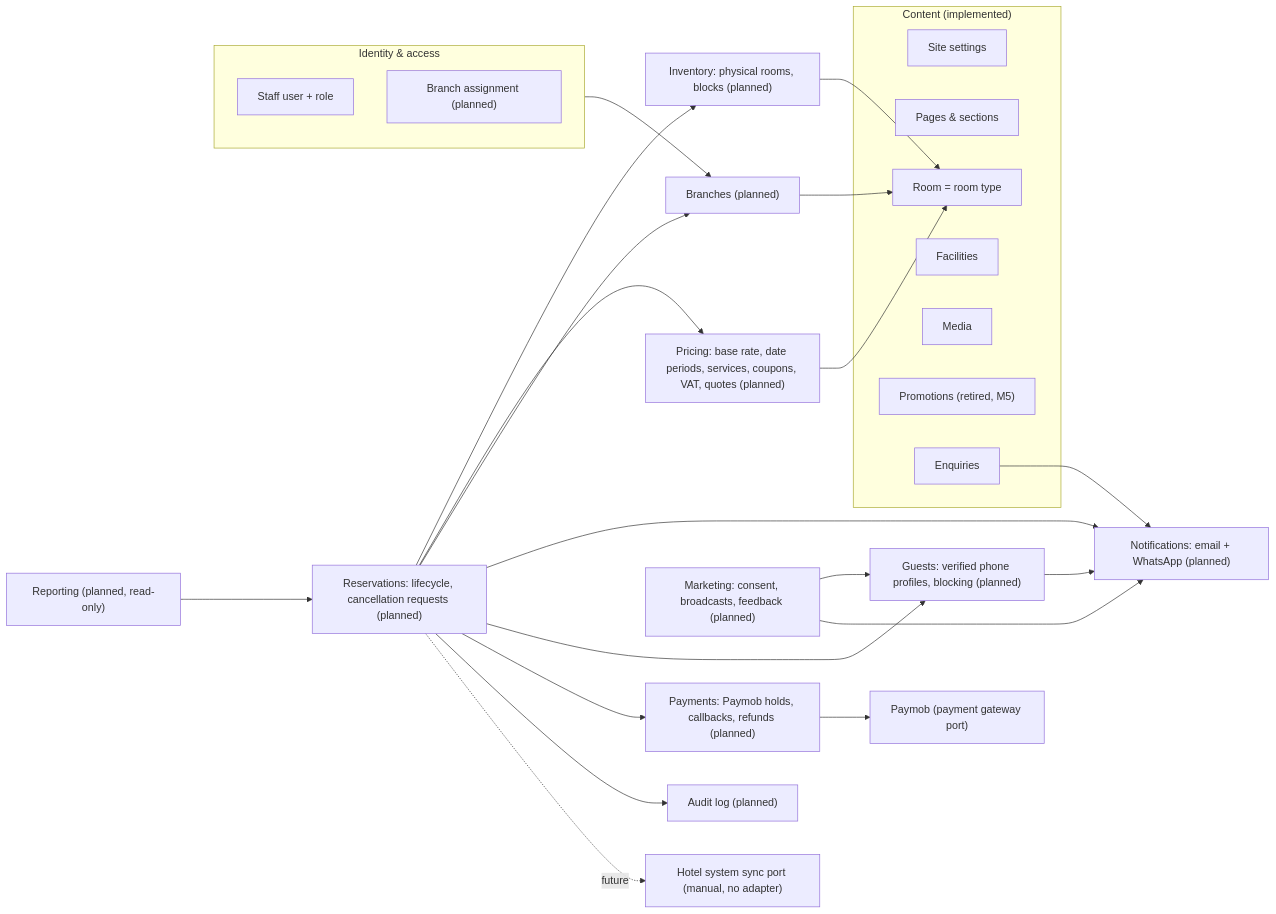
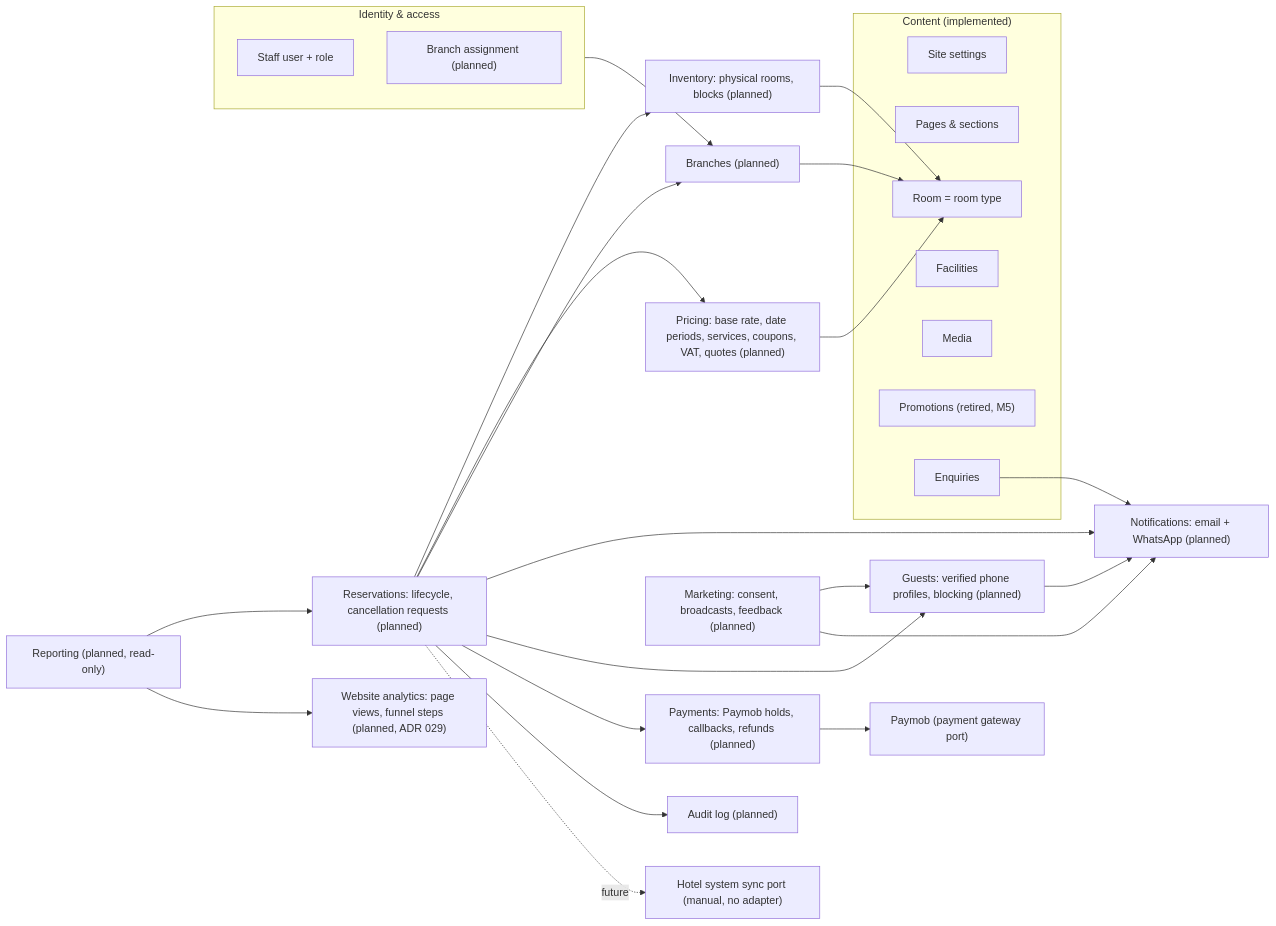
The first of 2 diagrams in docs/domain/domain-model.md (mohamedmosilhy/Rivana-Residence), drawn with Mermaid before and after one commit. The commit also changed other lines of this file and 28 other files, not shown here.

First line of the commit message:
docs(planning): add transfer cars, guest booking changes, and website analytics

````diff
--- a/docs/domain/domain-model.md
+++ b/docs/domain/domain-model.md
@@ -9,47 +9,49 @@
 ```mermaid
 flowchart LR
   subgraph Content["Content (implemented)"]
     Settings["Site settings"]
     Pages["Pages & sections"]
     Room["Room = room type"]
     Facilities
     Media
     Promotions["Promotions (retired, M5)"]
     Enquiries
   end
   subgraph IAM["Identity & access"]
     Staff["Staff user + role"]
     Assign["Branch assignment (planned)"]
   end
   Branches["Branches (planned)"]
   Inventory["Inventory: physical rooms, blocks (planned)"]
   Pricing["Pricing: base rate, date periods, services, coupons, VAT, quotes (planned)"]
   Reservations["Reservations: lifecycle, cancellation requests (planned)"]
   Payments["Payments: Paymob holds, callbacks, refunds (planned)"]
   Marketing["Marketing: consent, broadcasts, feedback (planned)"]
   Reporting["Reporting (planned, read-only)"]
+  Analytics["Website analytics: page views, funnel steps (planned, ADR 029)"]
   Audit["Audit log (planned)"]
   Guests["Guests: verified phone profiles, blocking (planned)"]
   Notify["Notifications: email + WhatsApp (planned)"]
   PSP["Paymob (payment gateway port)"]
   Payments --> PSP
   PMS["Hotel system sync port (manual, no adapter)"]
 
   Branches --> Room
   Inventory --> Room
   Pricing --> Room
   Reservations --> Inventory
   Reservations --> Pricing
   Reservations --> Branches
   Reservations --> Notify
   Reservations --> Guests
   Reservations --> Payments
   Marketing --> Guests
   Marketing --> Notify
   Guests --> Notify
   Enquiries --> Notify
   Reservations --> Audit
   Reporting --> Reservations
+  Reporting --> Analytics
   Reservations -. future .-> PMS
   IAM --> Branches
 ```
````
